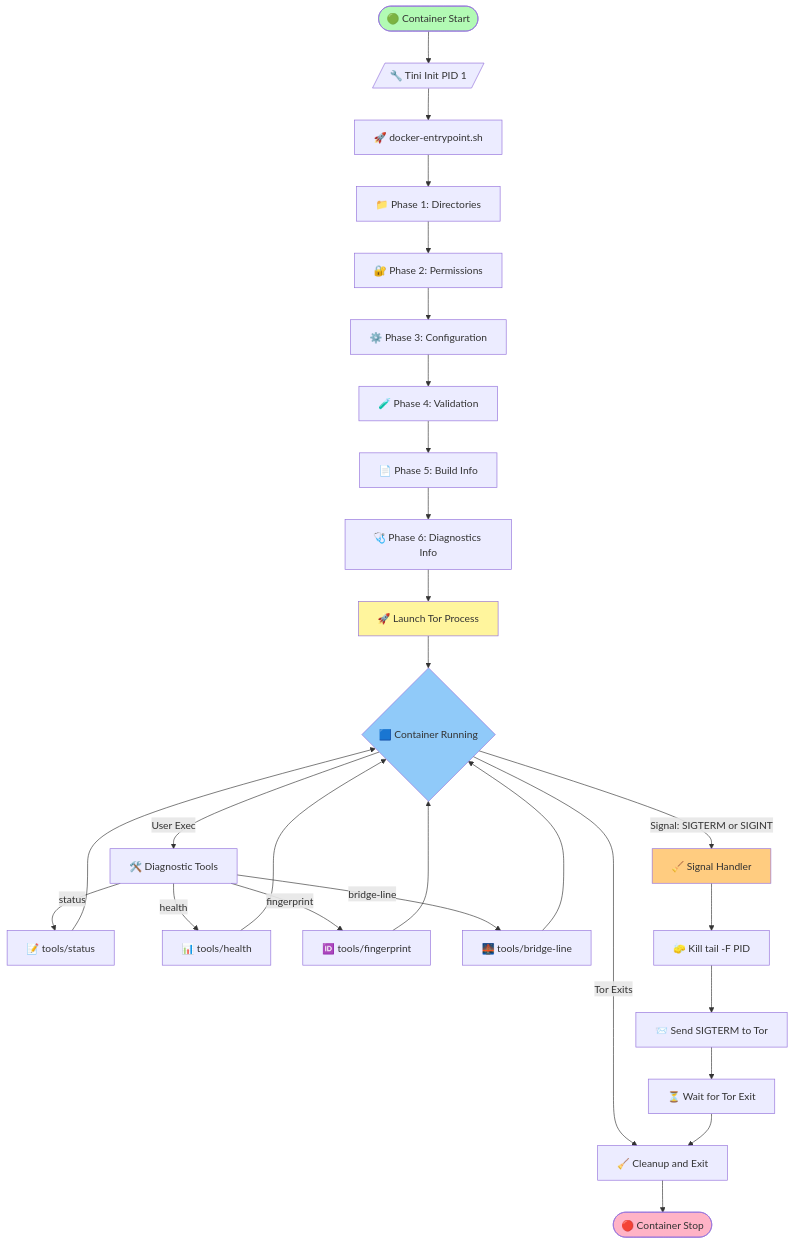
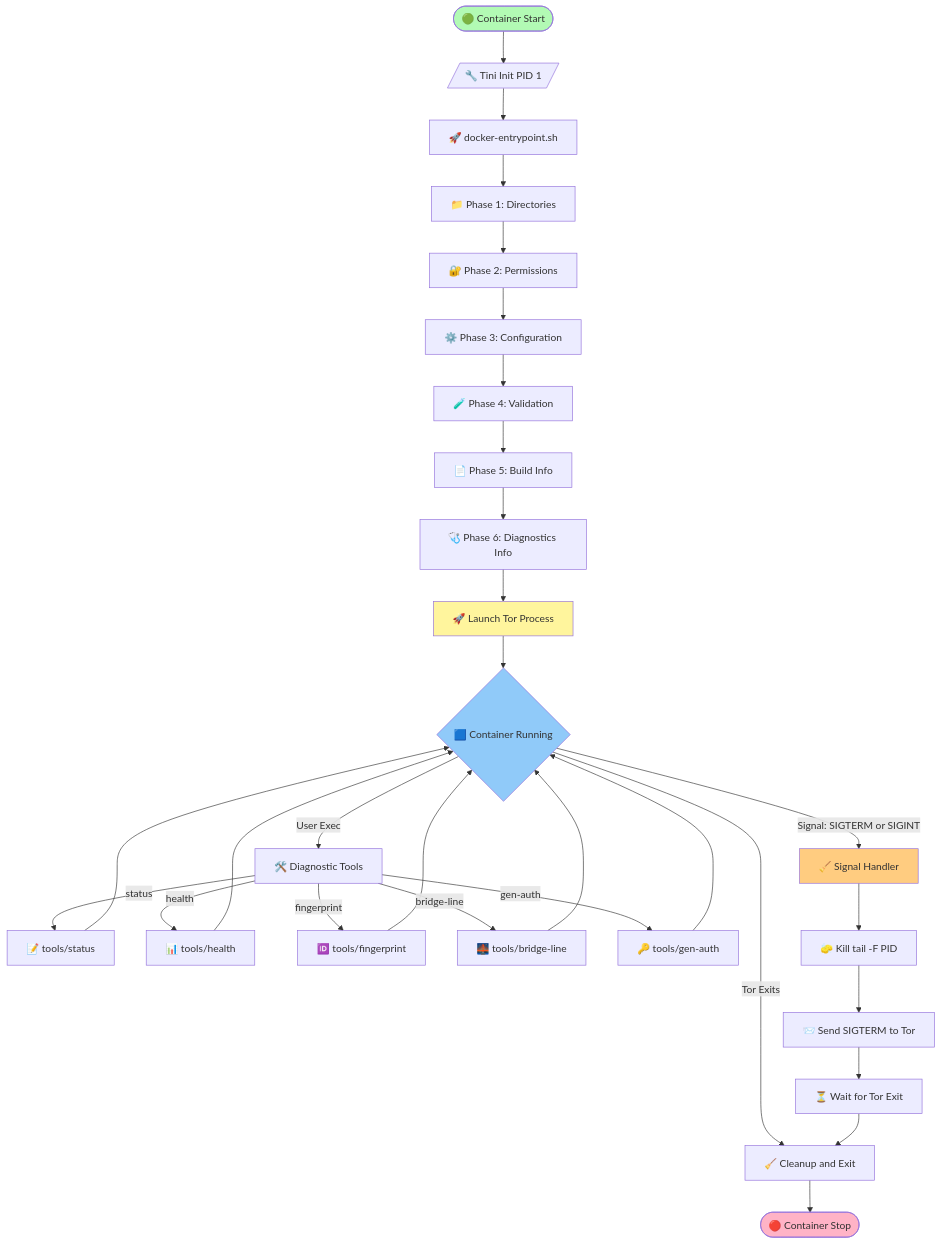
Before and after one commit to r3bo0tbx1/tor-guard-relay: the first of 13 diagrams in docs/ARCHITECTURE.md, drawn with Mermaid. The commit also changed other lines of this file and 29 other files, not shown here.

First line of the commit message:
✨ feat: add gen-auth tool and refactor compose templates

````diff
--- a/docs/ARCHITECTURE.md
+++ b/docs/ARCHITECTURE.md
@@ -37,41 +37,43 @@
 ```mermaid
 flowchart TD
     Start([🟢 Container Start]) --> Tini[/🔧 Tini Init PID 1/]
     Tini --> Entrypoint[🚀 docker-entrypoint.sh]
 
     Entrypoint --> Phase1[📁 Phase 1: Directories]
     Phase1 --> Phase2[🔐 Phase 2: Permissions]
     Phase2 --> Phase3[⚙️ Phase 3: Configuration]
     Phase3 --> Phase4[🧪 Phase 4: Validation]
     Phase4 --> Phase5[📄 Phase 5: Build Info]
     Phase5 --> Phase6[🩺 Phase 6: Diagnostics Info]
     Phase6 --> TorStart[🚀 Launch Tor Process]
 
     TorStart --> Running{🟦 Container Running}
 
     Running -->|Signal: SIGTERM or SIGINT| Trap[🧹 Signal Handler]
     Running -->|Tor Exits| Cleanup
     Running -->|User Exec| DiagTools[🛠️ Diagnostic Tools]
 
     DiagTools -->|status| StatusTool[📝 tools/status]
     DiagTools -->|health| HealthTool[📊 tools/health]
     DiagTools -->|fingerprint| FingerprintTool[🆔 tools/fingerprint]
     DiagTools -->|bridge-line| BridgeTool[🌉 tools/bridge-line]
+    DiagTools -->|gen-auth| GenAuthTool[🔑 tools/gen-auth]
 
     StatusTool --> Running
     HealthTool --> Running
     FingerprintTool --> Running
     BridgeTool --> Running
+    GenAuthTool --> Running
 
     Trap --> StopTail[🧽 Kill tail -F PID]
     StopTail --> StopTor[📨 Send SIGTERM to Tor]
     StopTor --> Wait[⏳ Wait for Tor Exit]
     Wait --> Cleanup[🧹 Cleanup and Exit]
     Cleanup --> End([🔴 Container Stop])
 
     style Start fill:#b2fab4
     style End fill:#ffb3c6
     style Running fill:#90caf9
     style TorStart fill:#fff59d
     style Trap fill:#ffcc80
 ```
````
